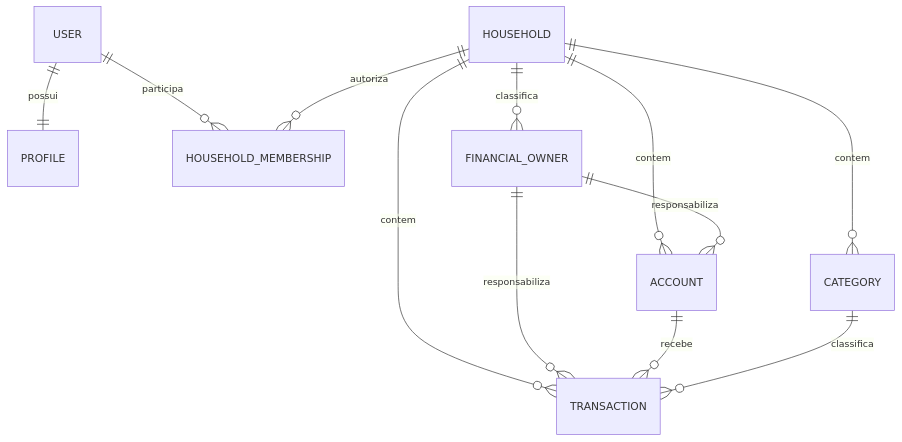
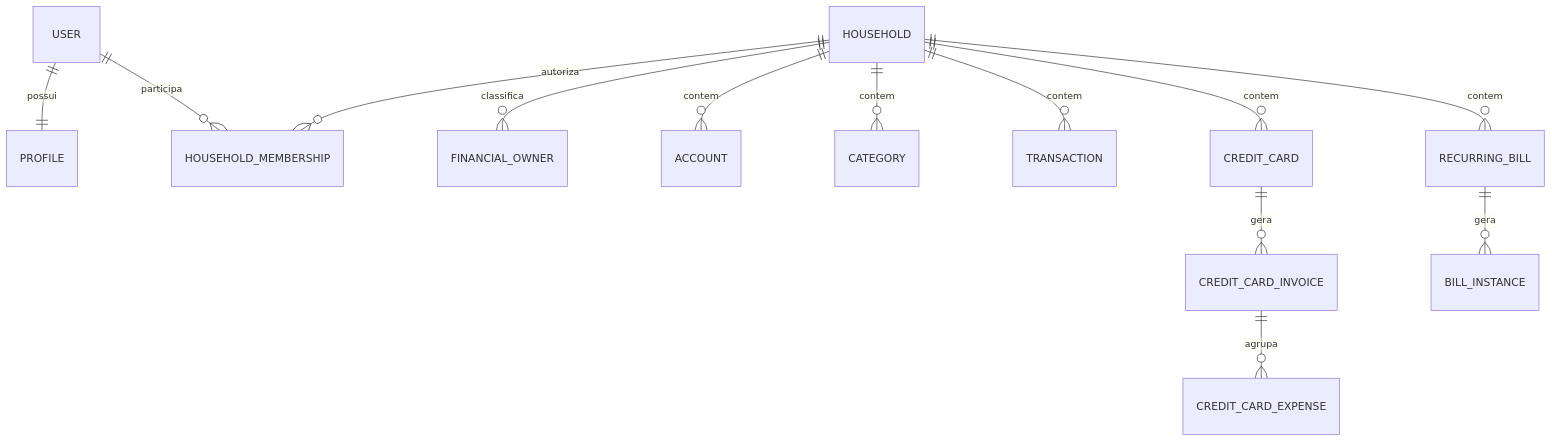
One commit to Ludsonfrancisco/finanpy changed the second of 3 diagrams in docs/architecture.md. Above: the diagram before and after it, drawn with Mermaid. The commit also changed other lines of this file and 13 other files, not shown here.

````diff
--- a/docs/architecture.md
+++ b/docs/architecture.md
@@ -83,14 +76,15 @@
 ```mermaid
 erDiagram
     USER ||--|| PROFILE : possui
     USER ||--o{ HOUSEHOLD_MEMBERSHIP : participa
     HOUSEHOLD ||--o{ HOUSEHOLD_MEMBERSHIP : autoriza
     HOUSEHOLD ||--o{ FINANCIAL_OWNER : classifica
     HOUSEHOLD ||--o{ ACCOUNT : contem
     HOUSEHOLD ||--o{ CATEGORY : contem
     HOUSEHOLD ||--o{ TRANSACTION : contem
-    FINANCIAL_OWNER ||--o{ ACCOUNT : responsabiliza
-    FINANCIAL_OWNER ||--o{ TRANSACTION : responsabiliza
-    ACCOUNT ||--o{ TRANSACTION : recebe
-    CATEGORY ||--o{ TRANSACTION : classifica
+    HOUSEHOLD ||--o{ CREDIT_CARD : contem
+    HOUSEHOLD ||--o{ RECURRING_BILL : contem
+    CREDIT_CARD ||--o{ CREDIT_CARD_INVOICE : gera
+    CREDIT_CARD_INVOICE ||--o{ CREDIT_CARD_EXPENSE : agrupa
+    RECURRING_BILL ||--o{ BILL_INSTANCE : gera
 ```
````
